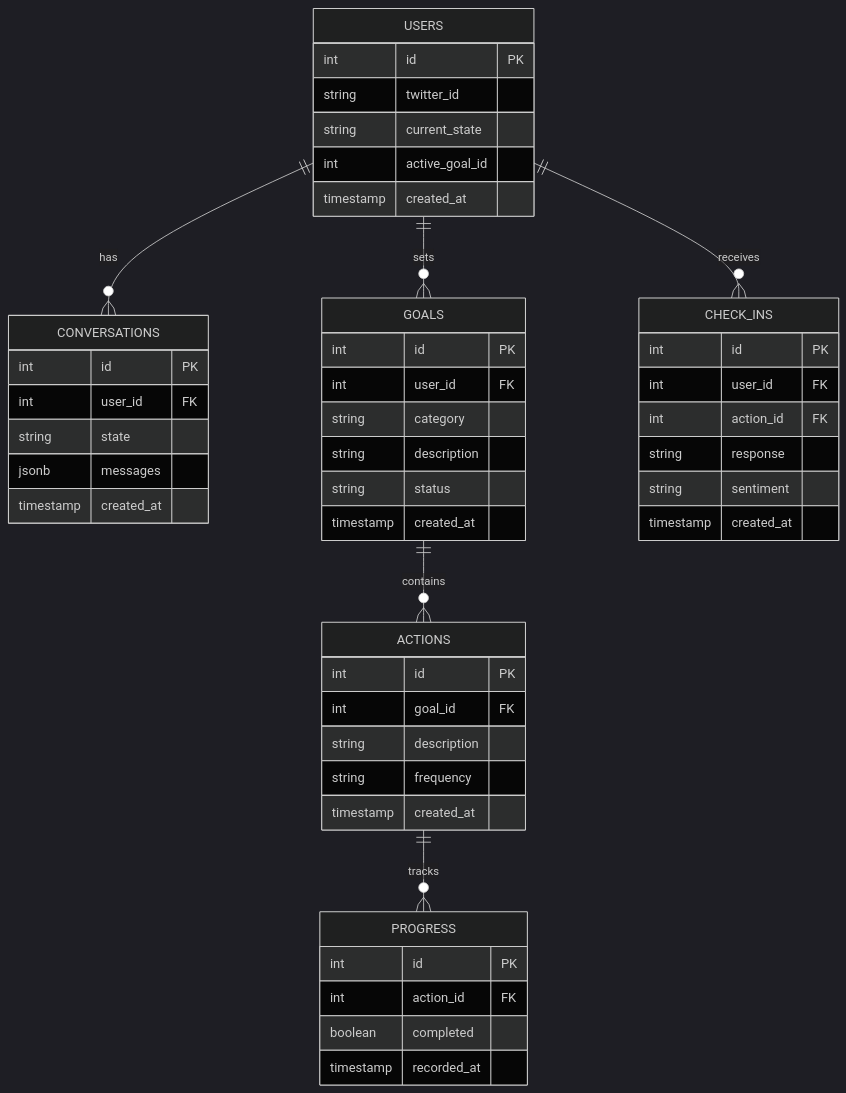
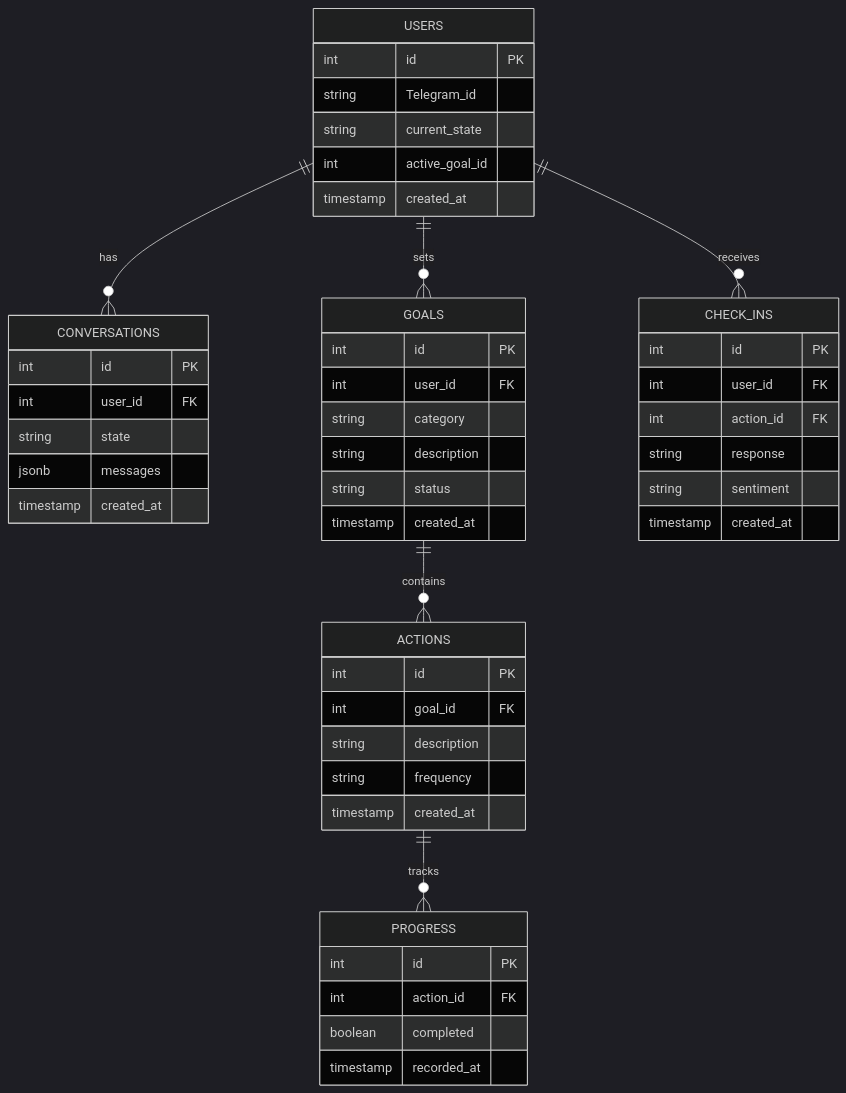
One commit to TheodoreChuang/habita changed the first of 3 diagrams in README.md. Above: the diagram before and after it, drawn with Mermaid (dark theme). The commit also changed other lines of this file, not shown here.

````diff
--- a/README.md
+++ b/README.md
@@ -215,57 +181,57 @@
 ```mermaid
 erDiagram
     USERS ||--o{ CONVERSATIONS : has
     USERS ||--o{ GOALS : sets
     GOALS ||--o{ ACTIONS : contains
     ACTIONS ||--o{ PROGRESS : tracks
     USERS ||--o{ CHECK_INS : receives
 
     USERS {
         int id PK
-        string twitter_id
+        string Telegram_id
         string current_state
         int active_goal_id
         timestamp created_at
     }
 
     CONVERSATIONS {
         int id PK
         int user_id FK
         string state
         jsonb messages
         timestamp created_at
     }
 
     GOALS {
         int id PK
         int user_id FK
         string category
         string description
         string status
         timestamp created_at
     }
 
     ACTIONS {
         int id PK
         int goal_id FK
         string description
         string frequency
         timestamp created_at
     }
 
     PROGRESS {
         int id PK
         int action_id FK
         boolean completed
         timestamp recorded_at
     }
 
     CHECK_INS {
         int id PK
         int user_id FK
         int action_id FK
         string response
         string sentiment
         timestamp created_at
     }
 ```
````
